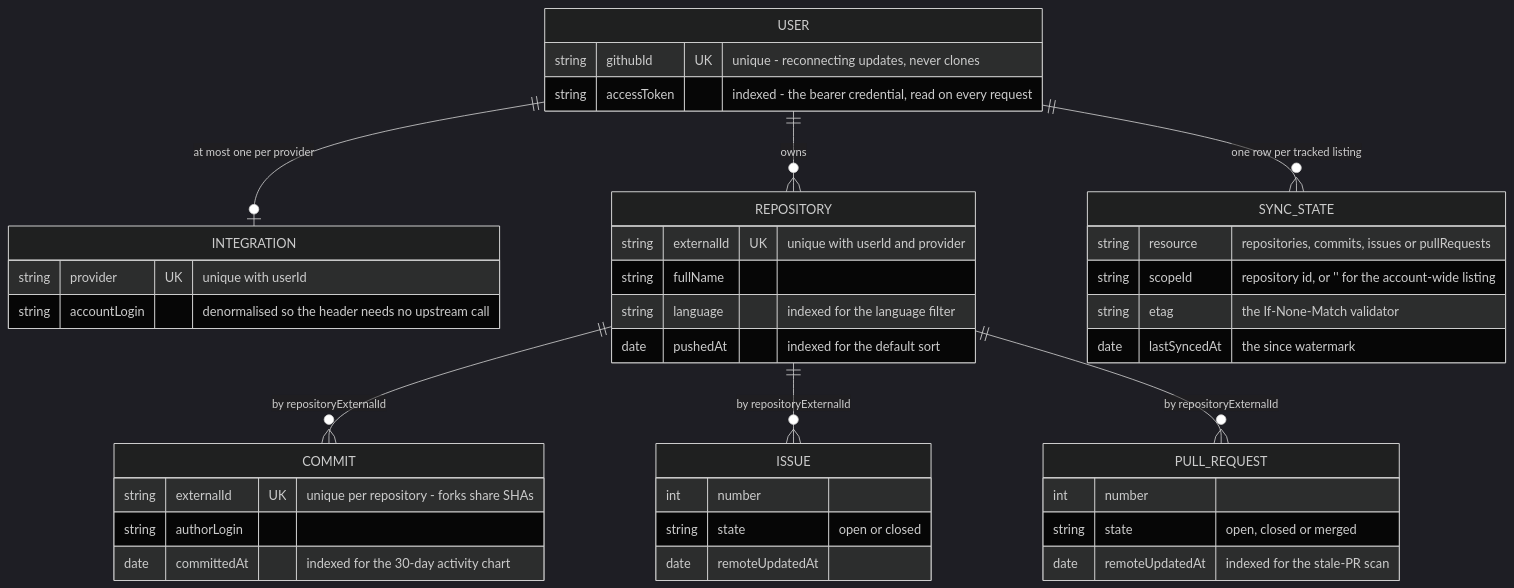
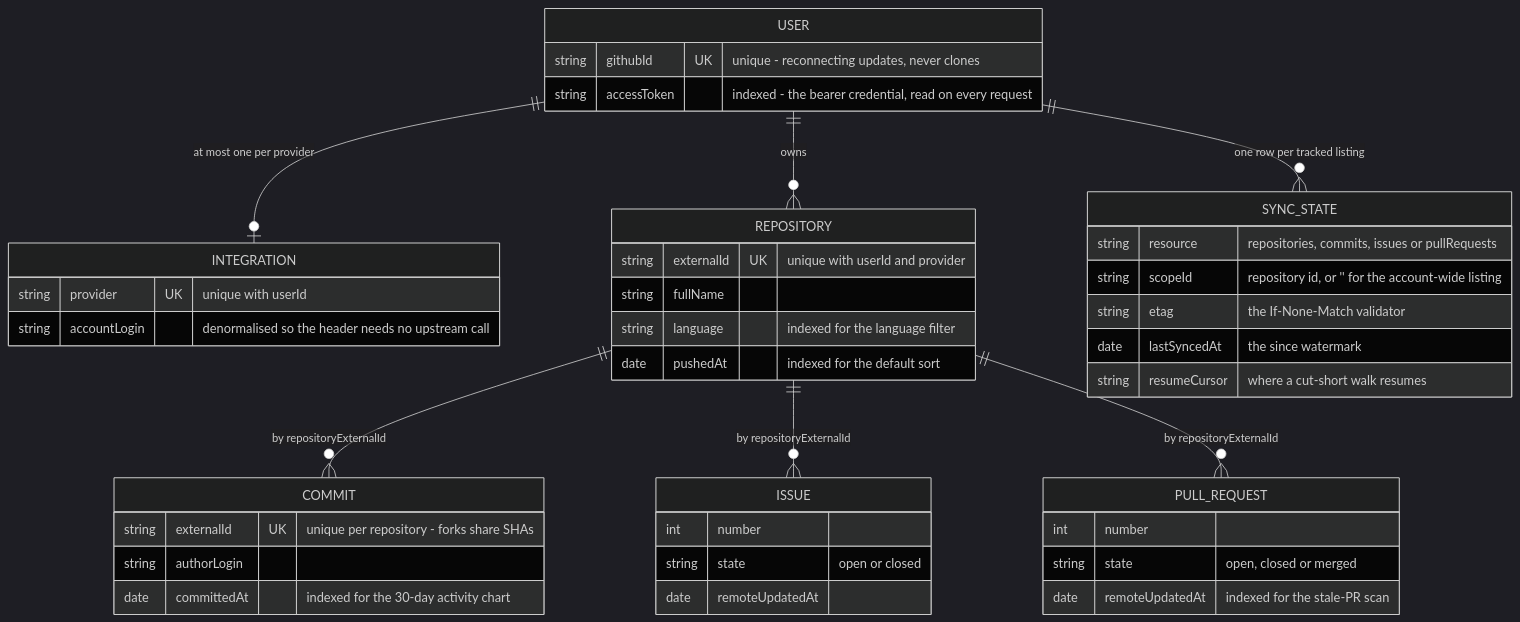
Before and after one commit to dev-sas002/github-integration: the second of 2 diagrams in README.md, drawn with Mermaid (dark theme). The commit also changed other lines of this file and 9 other files, not shown here.

````diff
--- a/README.md
+++ b/README.md
@@ -116,45 +133,46 @@
 ```mermaid
 erDiagram
     USER ||--o| INTEGRATION : "at most one per provider"
     USER ||--o{ REPOSITORY : owns
     USER ||--o{ SYNC_STATE : "one row per tracked listing"
     REPOSITORY ||--o{ COMMIT : "by repositoryExternalId"
     REPOSITORY ||--o{ ISSUE : "by repositoryExternalId"
     REPOSITORY ||--o{ PULL_REQUEST : "by repositoryExternalId"
 
     USER {
         string githubId UK "unique - reconnecting updates, never clones"
         string accessToken "indexed - the bearer credential, read on every request"
     }
     INTEGRATION {
         string provider UK "unique with userId"
         string accountLogin "denormalised so the header needs no upstream call"
     }
     REPOSITORY {
         string externalId UK "unique with userId and provider"
         string fullName
         string language "indexed for the language filter"
         date pushedAt "indexed for the default sort"
     }
     COMMIT {
         string externalId UK "unique per repository - forks share SHAs"
         string authorLogin
         date committedAt "indexed for the 30-day activity chart"
     }
     ISSUE {
         int number
         string state "open or closed"
         date remoteUpdatedAt
     }
     PULL_REQUEST {
         int number
         string state "open, closed or merged"
         date remoteUpdatedAt "indexed for the stale-PR scan"
     }
     SYNC_STATE {
         string resource "repositories, commits, issues or pullRequests"
         string scopeId "repository id, or '' for the account-wide listing"
         string etag "the If-None-Match validator"
         date lastSyncedAt "the since watermark"
+        string resumeCursor "where a cut-short walk resumes"
     }
 ```
````
